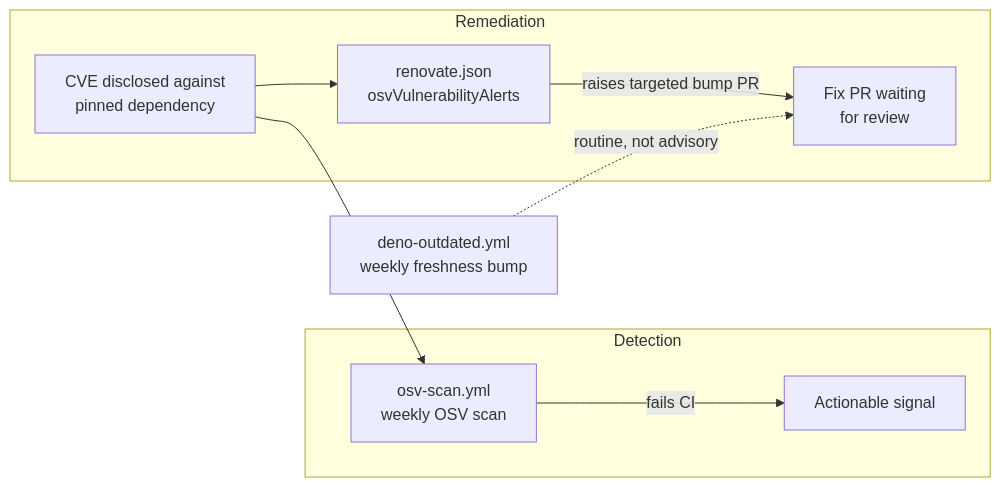
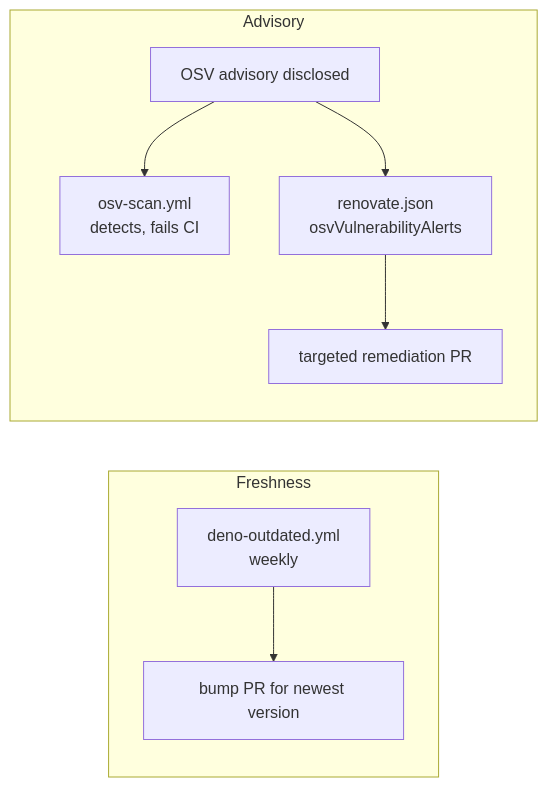
One commit to stSoftwareAU/NEAT-AI changed the diagram in docs/archive/pr-summaries/pr-summary-3007.md. Above: the diagram before and after it, drawn with Mermaid. The commit also changed other lines of this file, not shown here.

Commit message:
chore: apply deno fmt and lint fixes

````diff
--- a/docs/archive/pr-summaries/pr-summary-3007.md
+++ b/docs/archive/pr-summaries/pr-summary-3007.md
@@ -32,12 +52,11 @@
 ```mermaid
 flowchart LR
-    CVE[CVE disclosed against<br/>pinned dependency] --> Detect
-    subgraph Detection
-      Detect[osv-scan.yml<br/>weekly OSV scan] -->|fails CI| Signal[Actionable signal]
+    subgraph Freshness
+        A[deno-outdated.yml<br/>weekly] --> B[bump PR for newest version]
     end
-    subgraph Remediation
-      CVE --> Renovate[renovate.json<br/>osvVulnerabilityAlerts]
-      Renovate -->|raises targeted bump PR| PR[Fix PR waiting<br/>for review]
+    subgraph Advisory
+        C[OSV advisory disclosed] --> D[osv-scan.yml<br/>detects, fails CI]
+        C --> E[renovate.json<br/>osvVulnerabilityAlerts]
+        E --> F[targeted remediation PR]
     end
-    Freshness[deno-outdated.yml<br/>weekly freshness bump] -.routine, not advisory.-> PR
 ```
````
